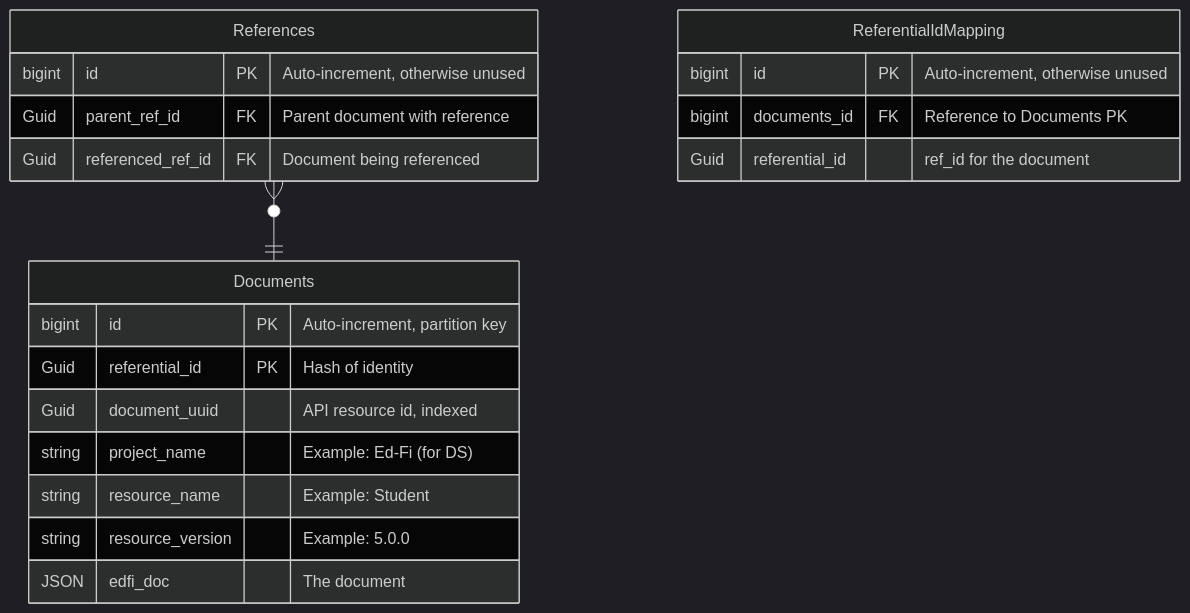
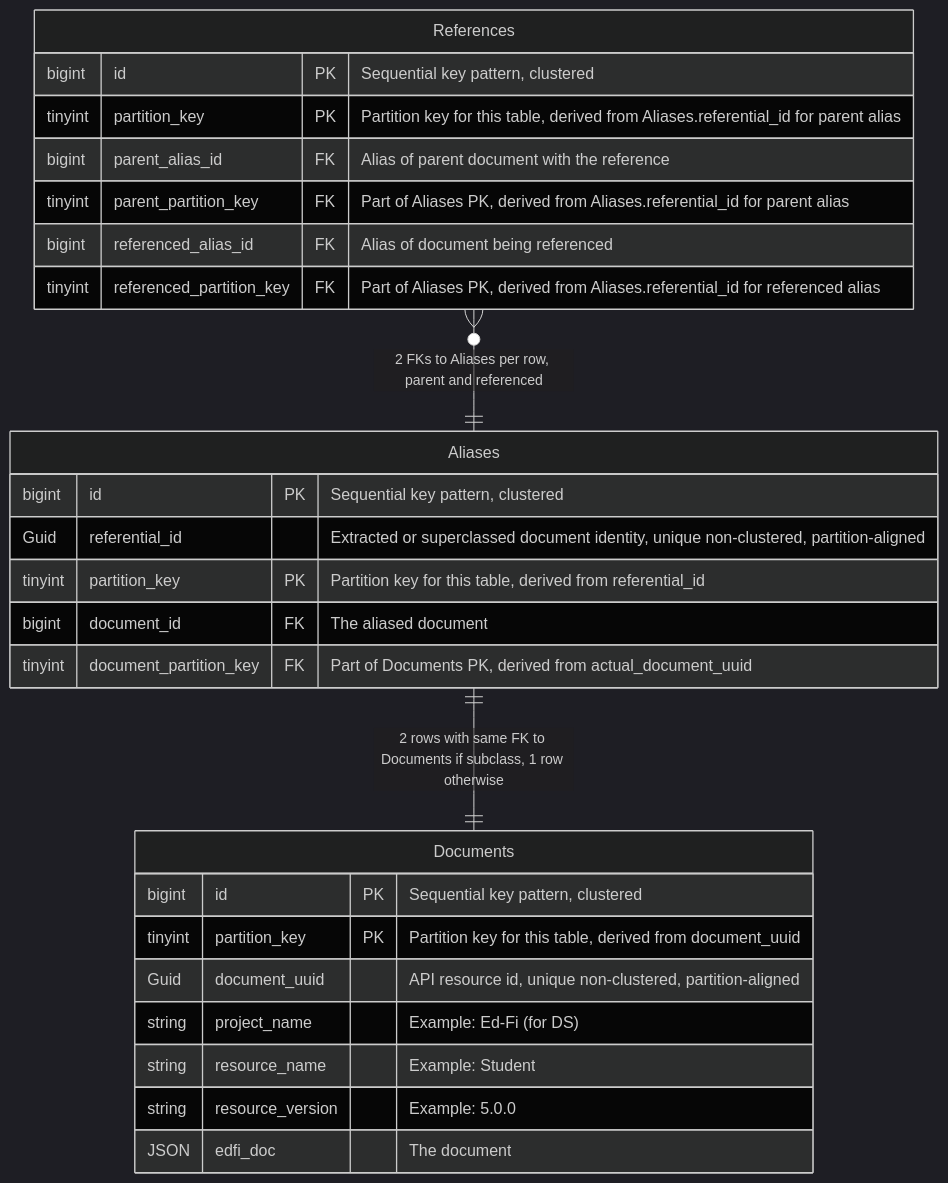
One commit to Ed-Fi-Alliance-OSS/Project-Tanager changed the fourth of 7 diagrams in docs/DMS/PRIMARY-DATA-STORAGE.md. Above: the diagram before and after it, drawn with Mermaid (dark theme). The commit also changed other lines of this file, not shown here.

````diff
--- a/docs/DMS/PRIMARY-DATA-STORAGE.md
+++ b/docs/DMS/PRIMARY-DATA-STORAGE.md
@@ -339,23 +339,29 @@
 ```mermaid
 erDiagram
-    References }o--|| Documents : ""
+    References }o--|| Aliases : "2 FKs to Aliases per row, parent and referenced"
     References {
-        bigint id PK "Auto-increment, otherwise unused"
-        Guid parent_ref_id FK "Parent document with reference"
-        Guid referenced_ref_id FK "Document being referenced"
+        bigint id PK "Sequential key pattern, clustered"
+        tinyint partition_key PK "Partition key for this table, derived from Aliases.referential_id for parent alias"
+        bigint parent_alias_id FK "Alias of parent document with the reference"
+        tinyint parent_partition_key FK "Part of Aliases PK, derived from Aliases.referential_id for parent alias"
+        bigint referenced_alias_id FK "Alias of document being referenced"
+        tinyint referenced_partition_key FK "Part of Aliases PK, derived from Aliases.referential_id for referenced alias"
     }
-    ReferentialIdMapping {
-        bigint id PK "Auto-increment, otherwise unused"
-        bigint documents_id FK "Reference to Documents PK"
-        Guid referential_id "ref_id for the document"
+    Aliases ||--|| Documents : "2 rows with same FK to Documents if subclass, 1 row otherwise"
+    Aliases {
+        bigint id PK "Sequential key pattern, clustered"
+        Guid referential_id "Extracted or superclassed document identity, unique non-clustered, partition-aligned"
+        tinyint partition_key PK "Partition key for this table, derived from referential_id"
+        bigint document_id FK "The aliased document"
+        tinyint document_partition_key FK "Part of Documents PK, derived from actual_document_uuid"
     }
     Documents {
-        bigint id PK "Auto-increment, partition key"
-        Guid referential_id PK "Hash of identity"
-        Guid document_uuid "API resource id, indexed"
+        bigint id PK "Sequential key pattern, clustered"
+        tinyint partition_key PK "Partition key for this table, derived from document_uuid"
+        Guid document_uuid "API resource id, unique non-clustered, partition-aligned"
         string project_name "Example: Ed-Fi (for DS)"
         string resource_name "Example: Student"
         string resource_version "Example: 5.0.0"
         JSON edfi_doc "The document"
     }
 ```
````
